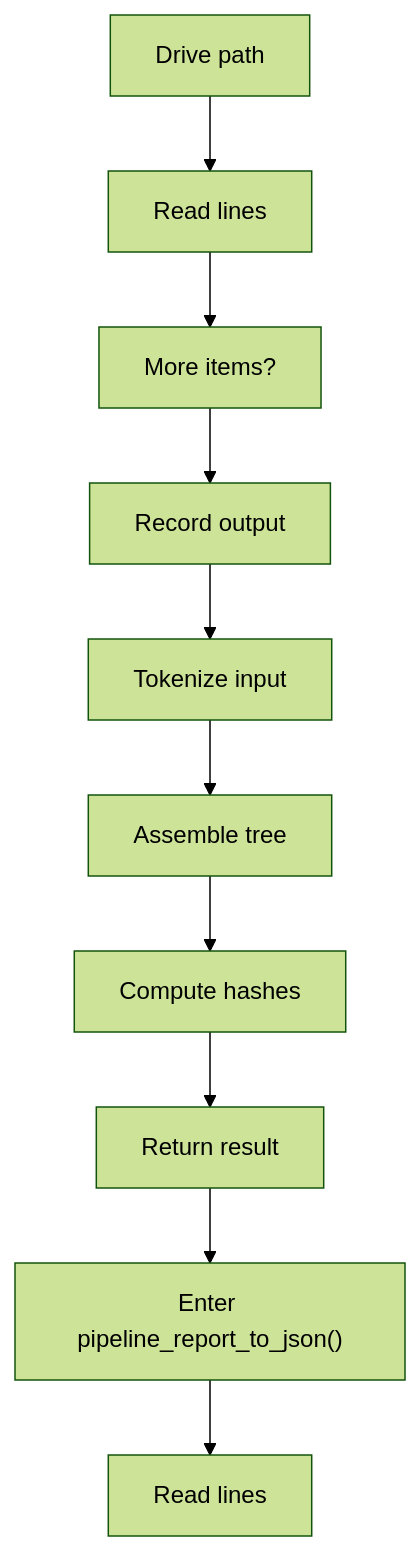
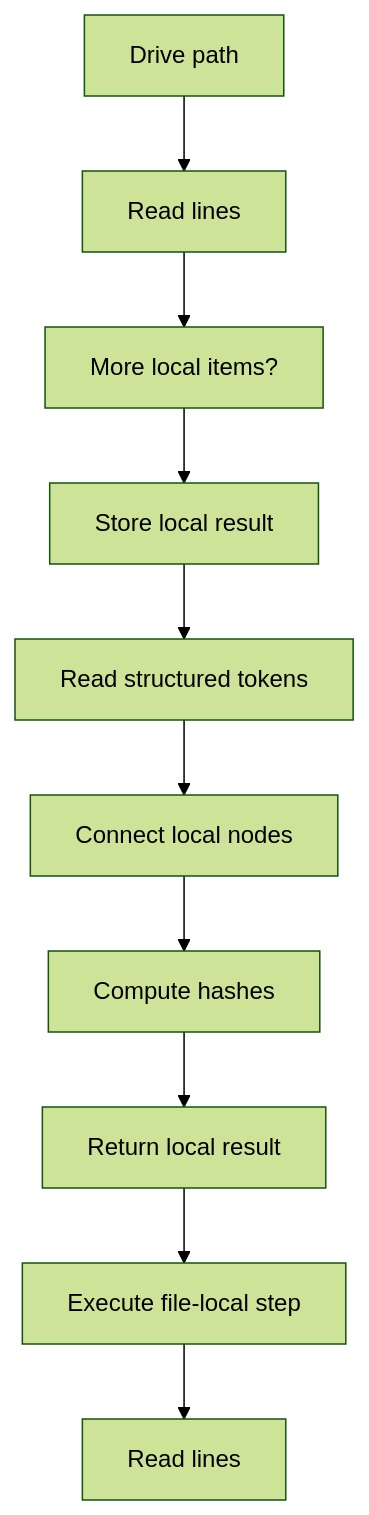
The seventh of 8 diagrams in docs/Codebase/Microservice/Modules/Source/OutputGeneration/UnitTestGeneration/Flow/algorithm_pipeline_program_flow_02.cpp.md (JohnAndrewBalbarosa/NeoTerritory), drawn with Mermaid (forest theme) before and after one commit. The commit also changed other lines of this file and 915 other files, not shown here.

````diff
--- a/docs/Codebase/Microservice/Modules/Source/OutputGeneration/UnitTestGeneration/Flow/algorithm_pipeline_program_flow_02.cpp.md
+++ b/docs/Codebase/Microservice/Modules/Source/OutputGeneration/UnitTestGeneration/Flow/algorithm_pipeline_program_flow_02.cpp.md
@@ -165,22 +165,22 @@
 ```mermaid
 flowchart TD
     N0["Drive path"]
     N1["Read lines"]
-    N2["More items?"]
-    N3["Record output"]
-    N4["Tokenize input"]
-    N5["Assemble tree"]
+    N2["More local items?"]
+    N3["Store local result"]
+    N4["Read structured tokens"]
+    N5["Connect local nodes"]
     N6["Compute hashes"]
-    N7["Return result"]
-    N8["Enter pipeline_report_to_json()"]
+    N7["Return local result"]
+    N8["Execute file-local step"]
     N9["Read lines"]
     N0 --> N1
     N1 --> N2
     N2 --> N3
     N3 --> N4
     N4 --> N5
     N5 --> N6
     N6 --> N7
     N7 --> N8
     N8 --> N9
 ```
````
